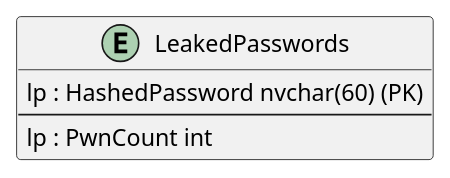
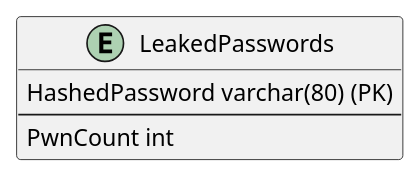
The diagram in Docs/ERD/Leaked-ERD.plantuml (blackout1471/trust-us-school), drawn with PlantUML before and after one commit. The commit also changed 18 other files, not shown here.

First line of the commit message:
Password leaked lookup (#10)

```diff
--- a/Docs/ERD/Leaked-ERD.plantuml
+++ b/Docs/ERD/Leaked-ERD.plantuml
@@ -1,9 +1,9 @@
 @startuml LeakedPasswords
 
-entity "LeakedPasswords" as lp {
-    lp : HashedPassword nvchar(60) (PK)
+entity "LeakedPasswords" as lp{
+    HashedPassword varchar(80) (PK)
     --
-    lp : PwnCount int
+    PwnCount int
 }
 
 @enduml
```
